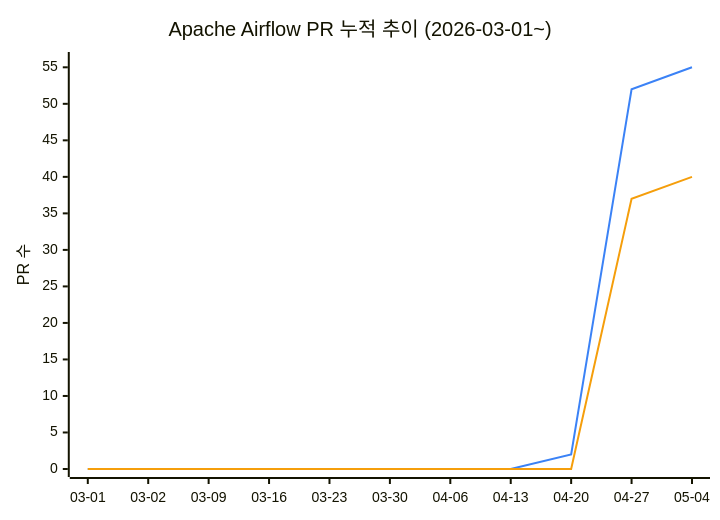
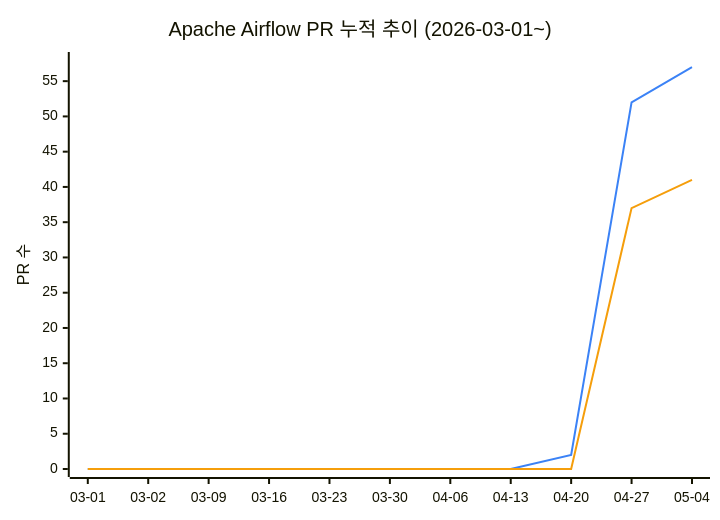
Before and after one commit to AirflowKorea/ossca: the diagram in README.md, drawn with Mermaid. The commit also changed other lines of this file, not shown here.

````diff
--- a/README.md
+++ b/README.md
@@ -11,9 +11,9 @@
 ```mermaid
 %%{init: {"themeVariables": {"xyChart": {"plotColorPalette": "#3b82f6, #f59e0b"}}}}%%
 xychart-beta
     title "Apache Airflow PR 누적 추이 (2026-03-01~)"
     x-axis ["03-01", "03-02", "03-09", "03-16", "03-23", "03-30", "04-06", "04-13", "04-20", "04-27", "05-04"]
-    y-axis "PR 수" 0 --> 56
-    line [0, 0, 0, 0, 0, 0, 0, 0, 2, 52, 55]
-    line [0, 0, 0, 0, 0, 0, 0, 0, 0, 37, 40]
+    y-axis "PR 수" 0 --> 58
+    line [0, 0, 0, 0, 0, 0, 0, 0, 2, 52, 57]
+    line [0, 0, 0, 0, 0, 0, 0, 0, 0, 37, 41]
 ```
````
